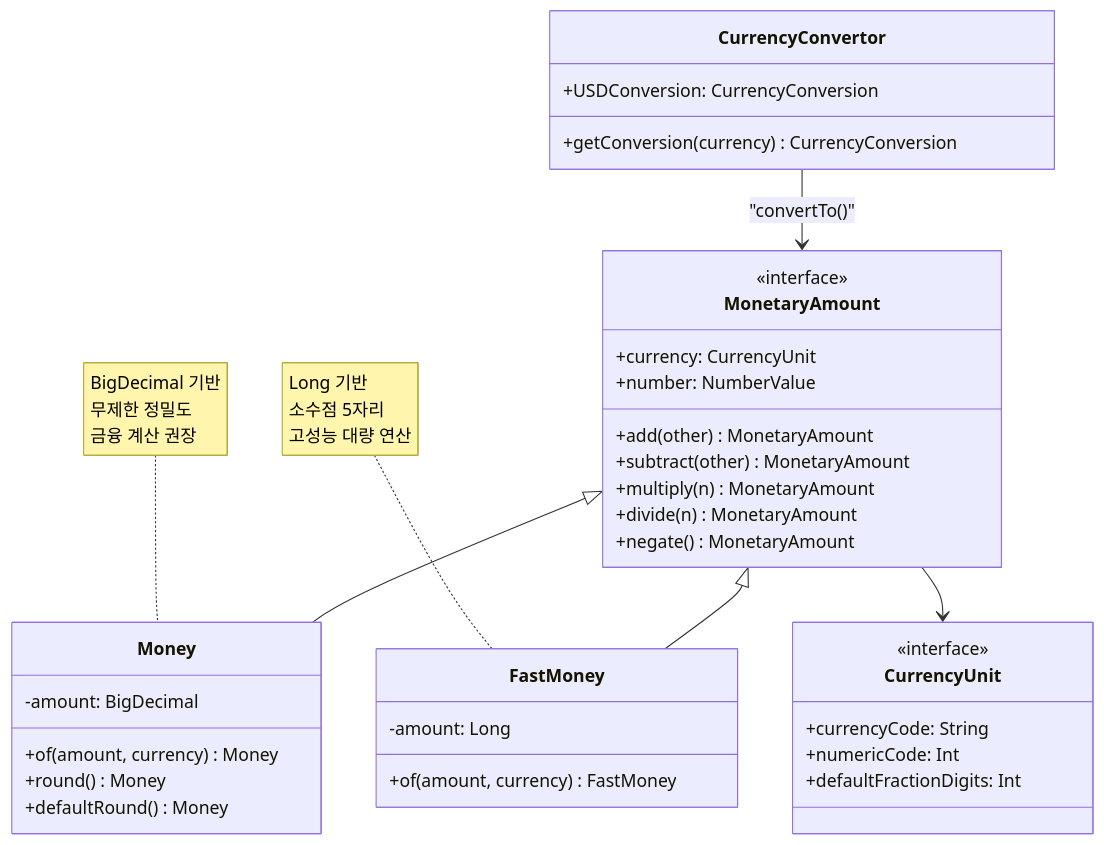
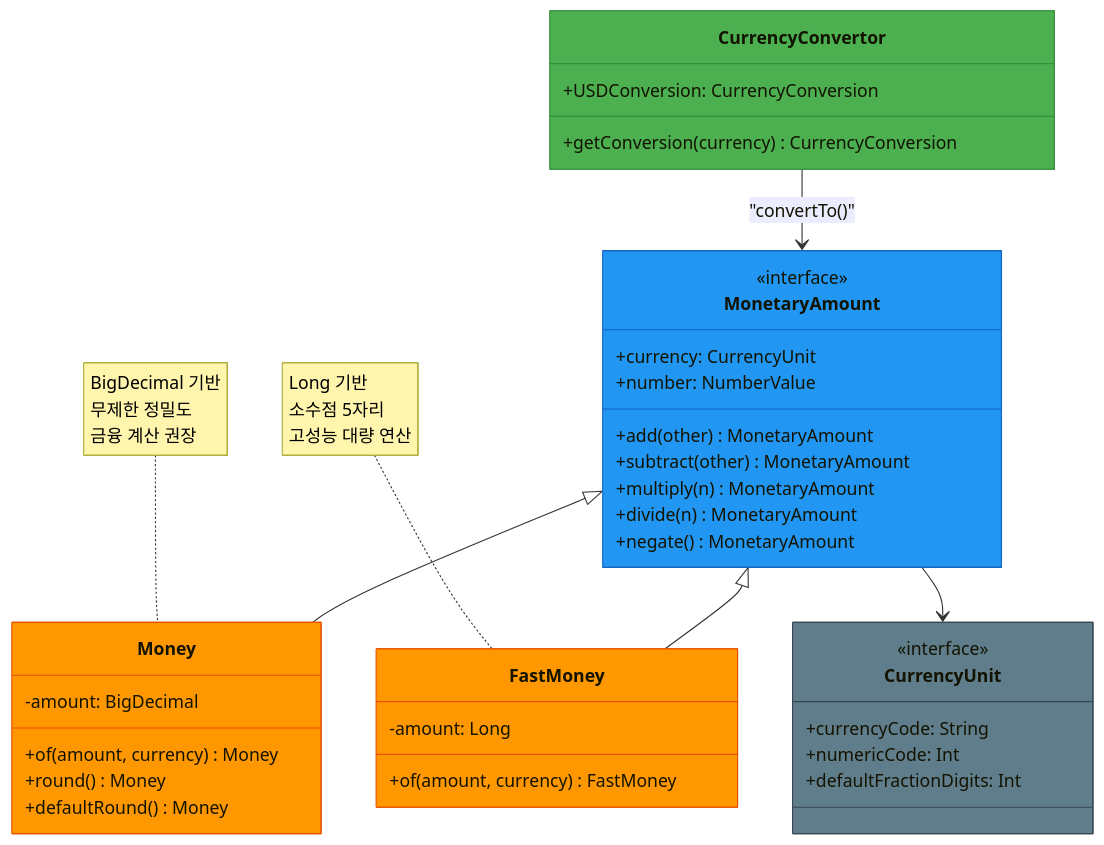
Before and after one commit to bluetape4k/bluetape4k-projects: the first of 2 diagrams in utils/money/README.md, drawn with Mermaid. The commit also changed 28 other files, not shown here.

First line of the commit message:
docs: 전체 모듈 README 색상 Mermaid UML 다이어그램 추가 완료

````diff
--- a/utils/money/README.md
+++ b/utils/money/README.md
@@ -237,45 +237,50 @@
 ```mermaid
 classDiagram
-    class MonetaryAmount {
+    class MonetaryAmount:::utilStyle {
         <<interface>>
         +currency: CurrencyUnit
         +number: NumberValue
         +add(other) MonetaryAmount
         +subtract(other) MonetaryAmount
         +multiply(n) MonetaryAmount
         +divide(n) MonetaryAmount
         +negate() MonetaryAmount
     }
 
-    class Money {
+    class Money:::modelStyle {
         -amount: BigDecimal
         +of(amount, currency) Money
         +round() Money
         +defaultRound() Money
     }
 
-    class FastMoney {
+    class FastMoney:::modelStyle {
         -amount: Long
         +of(amount, currency) FastMoney
     }
 
-    class CurrencyUnit {
+    class CurrencyUnit:::infraStyle {
         <<interface>>
         +currencyCode: String
         +numericCode: Int
         +defaultFractionDigits: Int
     }
 
-    class CurrencyConvertor {
+    class CurrencyConvertor:::serviceStyle {
         +getConversion(currency) CurrencyConversion
         +USDConversion: CurrencyConversion
     }
 
     MonetaryAmount <|-- Money
     MonetaryAmount <|-- FastMoney
     MonetaryAmount --> CurrencyUnit
     CurrencyConvertor --> MonetaryAmount : "convertTo()"
 
     note for Money "BigDecimal 기반<br/>무제한 정밀도<br/>금융 계산 권장"
     note for FastMoney "Long 기반<br/>소수점 5자리<br/>고성능 대량 연산"
+
+    classDef utilStyle    fill:#2196F3,stroke:#1565C0
+    classDef serviceStyle fill:#4CAF50,stroke:#388E3C
+    classDef modelStyle   fill:#FF9800,stroke:#E65100
+    classDef infraStyle   fill:#607D8B,stroke:#37474F
 ```
````
